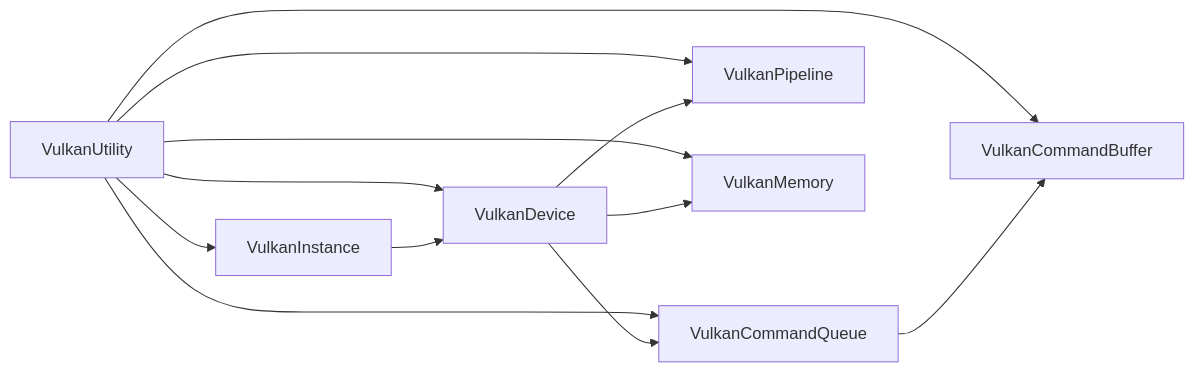
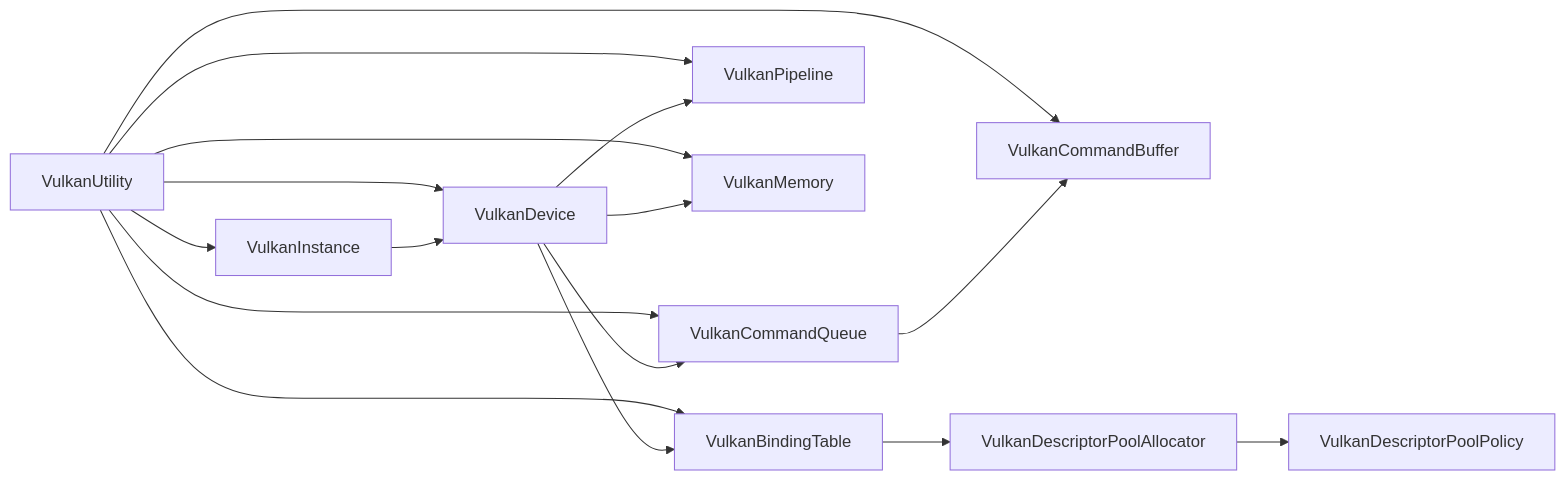
Before and after one commit to haolange/SharpGPU: diagram 11 of 11 in .qoder/repowiki/zh/content/后端实现/Vulkan 后端.md, drawn with Mermaid. The commit also changed other lines of this file and 4 other files, not shown here.

````diff
--- a/.qoder/repowiki/zh/content/后端实现/Vulkan 后端.md
+++ b/.qoder/repowiki/zh/content/后端实现/Vulkan 后端.md
@@ -327,14 +408,18 @@
 ```mermaid
 graph LR
 Util["VulkanUtility"] --> Inst["VulkanInstance"]
 Util --> Dev["VulkanDevice"]
 Util --> Q["VulkanCommandQueue"]
 Util --> CB["VulkanCommandBuffer"]
 Util --> Pip["VulkanPipeline"]
 Util --> Mem["VulkanMemory"]
+Util --> BT["VulkanBindingTable"]
 Inst --> Dev
 Dev --> Q
 Dev --> Pip
 Dev --> Mem
+Dev --> BT
 Q --> CB
+BT --> DPA["VulkanDescriptorPoolAllocator"]
+DPA --> Policy["VulkanDescriptorPoolPolicy"]
 ```
````
